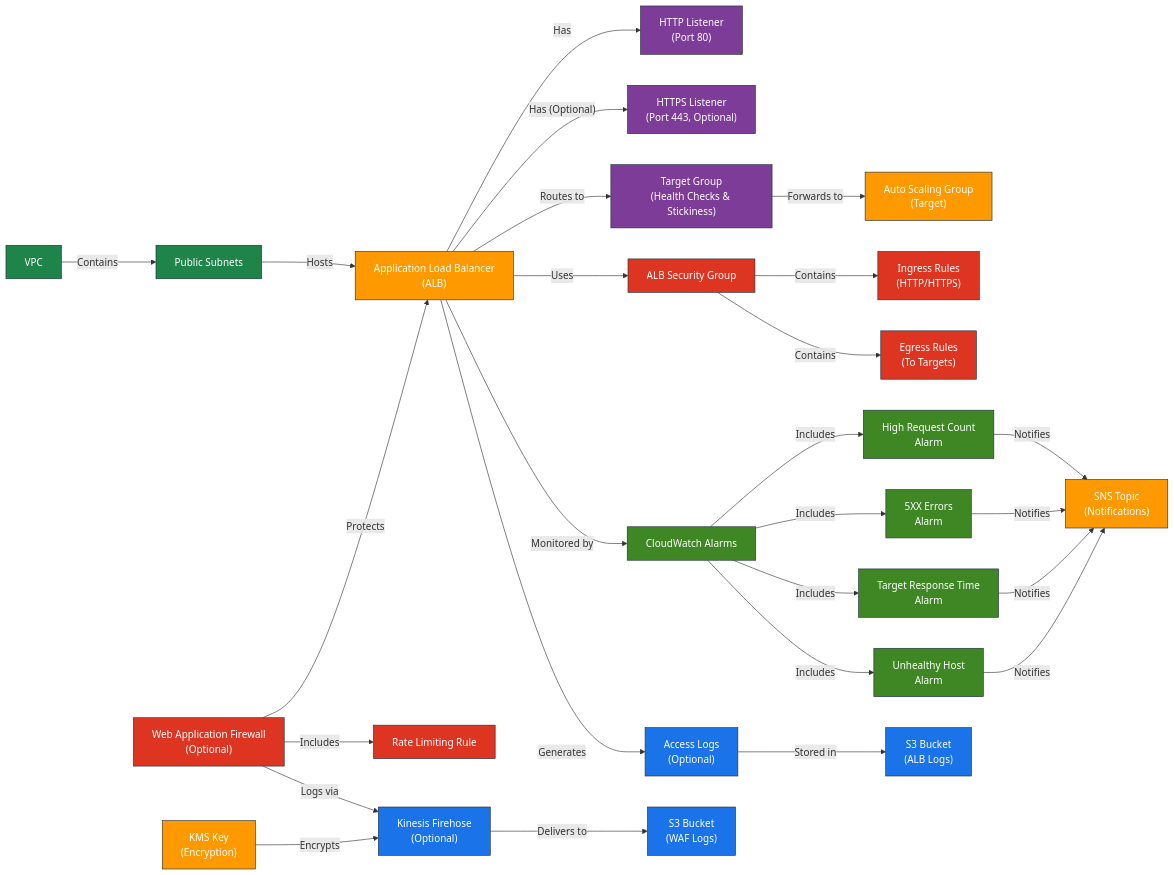
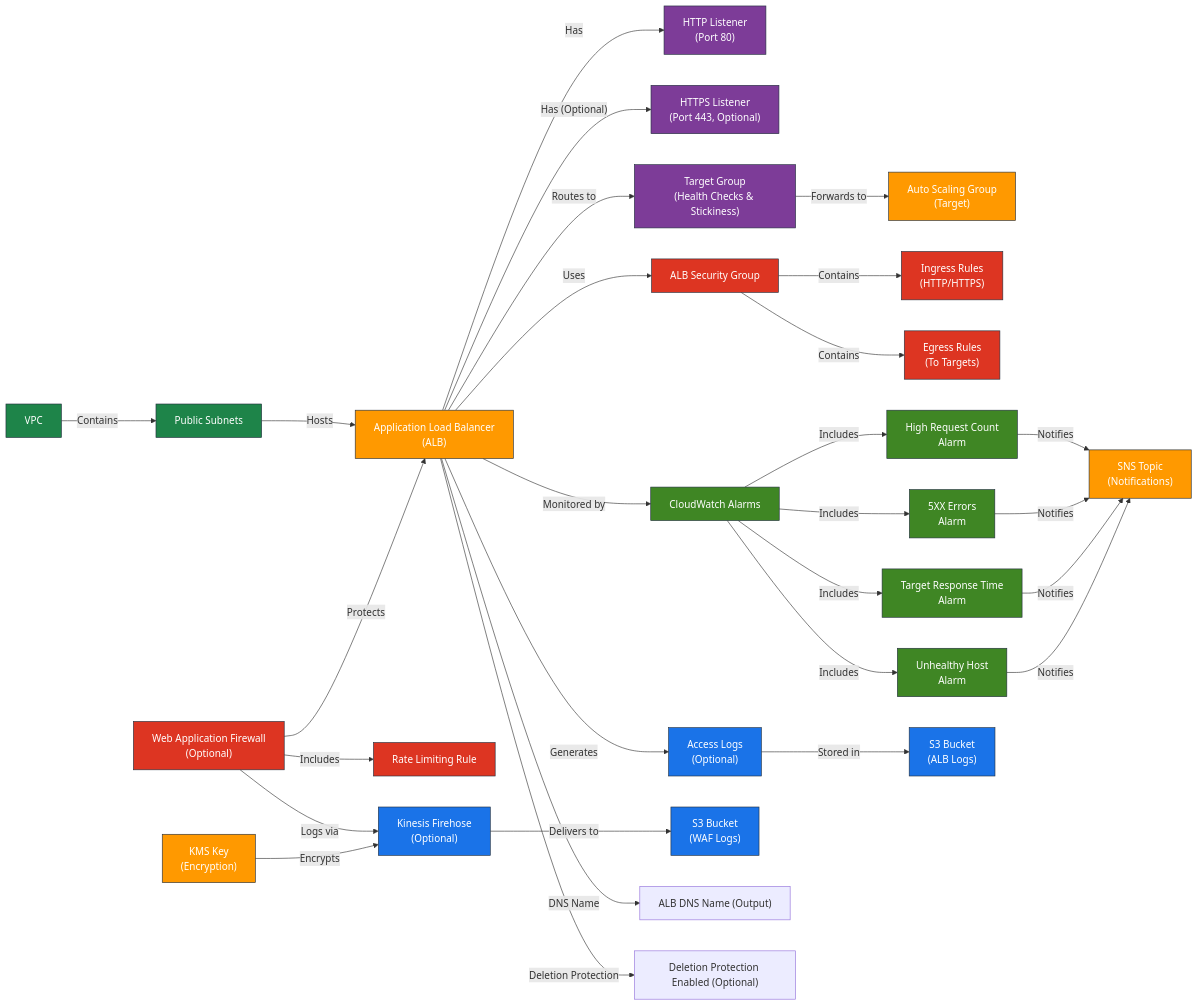
The diagram in terraform/modules/alb/README.md (hetmanskyi-cloud/AWS), drawn with Mermaid before and after one commit. The commit also changed other lines of this file, not shown here.

Commit message:
modified: terraform/modules/alb/README.md

```diff
--- a/terraform/modules/alb/README.md
+++ b/terraform/modules/alb/README.md
@@ -53,6 +61,8 @@
     ALB -->|"Routes to"| TargetGroup
     TargetGroup -->|"Forwards to"| ASG
     ALB -->|"Generates"| AccessLogs
+    ALB -->|"DNS Name"| DNS["ALB DNS Name (Output)"]
+    ALB -->|"Deletion Protection"| Protection["Deletion Protection Enabled (Optional)"]
     
     %% Security
     ALB -->|"Uses"| ALB_SG
```
